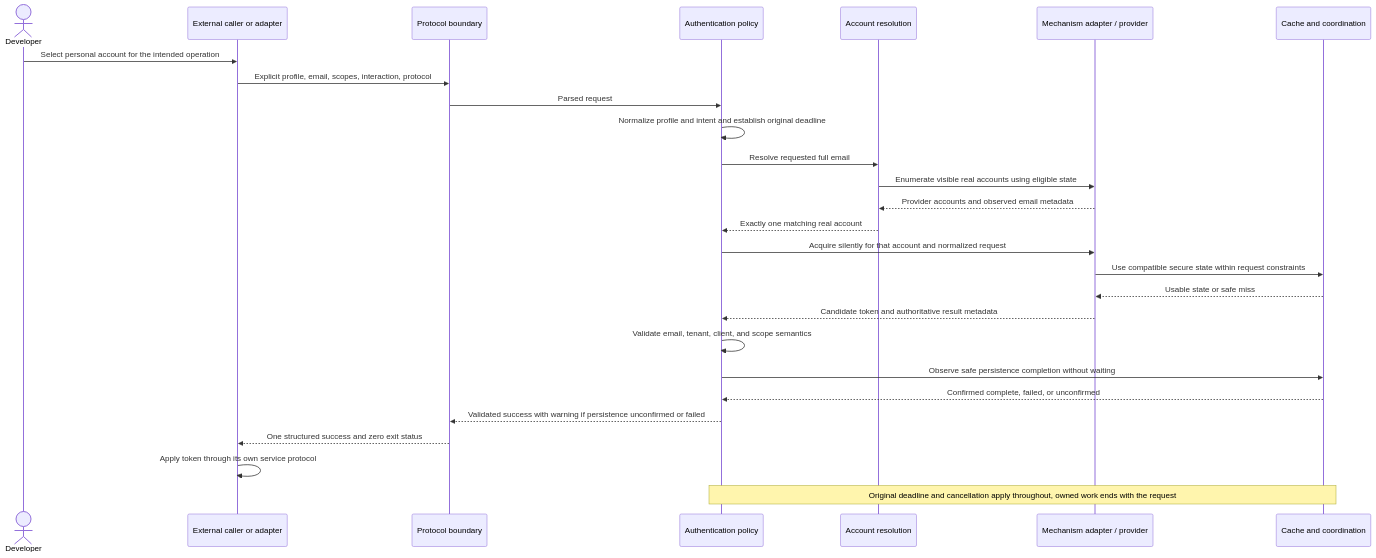
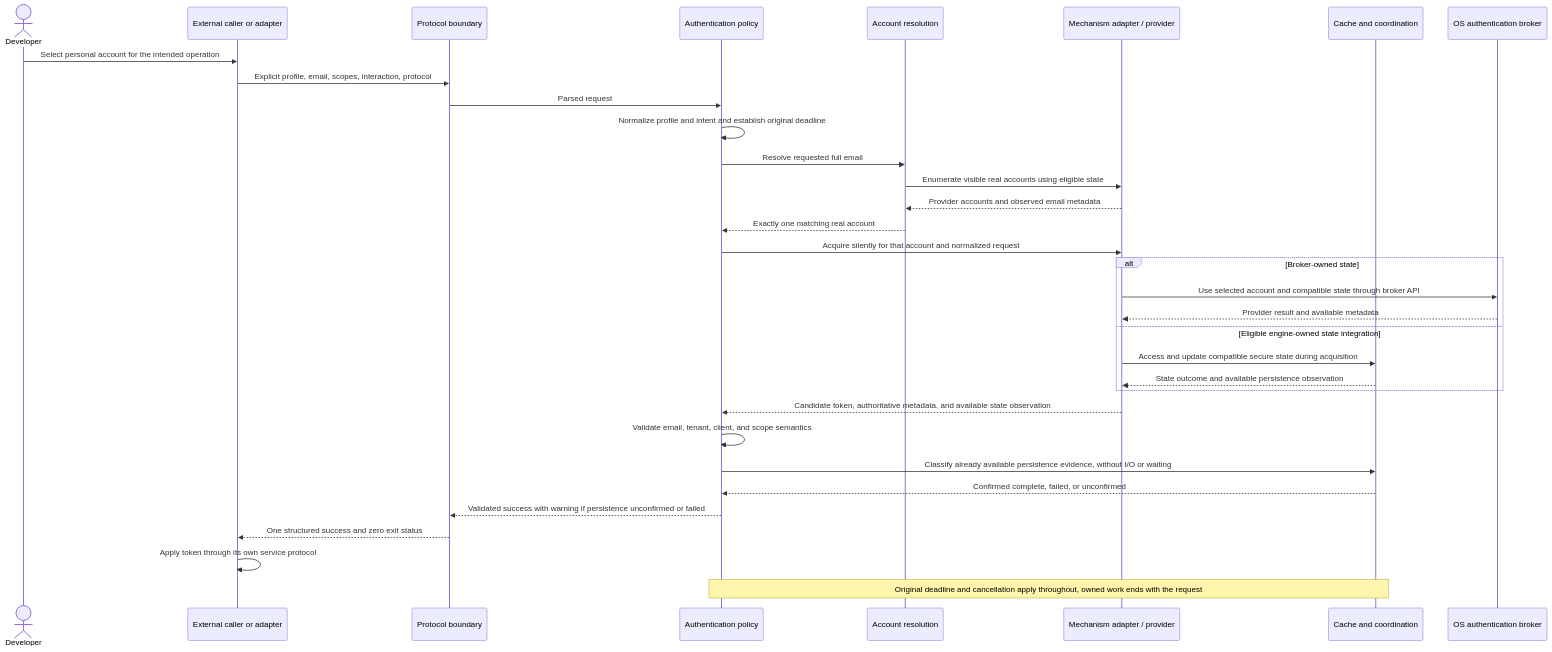
The first of 3 diagrams in docs/architecture/request-lifecycle.md (hcoona/microsoft-authentication-cli), drawn with Mermaid before and after one commit. The commit also changed other lines of this file and 4 other files, not shown here.

First line of the commit message:
docs(architecture): define state ownership and persistence observation

````diff
--- a/docs/architecture/request-lifecycle.md
+++ b/docs/architecture/request-lifecycle.md
@@ -42,29 +42,35 @@
 ```mermaid
 sequenceDiagram
     actor User as Developer
     participant Caller as External caller or adapter
     participant Boundary as Protocol boundary
     participant Policy as Authentication policy
     participant Accounts as Account resolution
     participant Provider as Mechanism adapter / provider
     participant State as Cache and coordination
+    participant Broker as OS authentication broker
     User->>Caller: Select personal account for the intended operation
     Caller->>Boundary: Explicit profile, email, scopes, interaction, protocol
     Boundary->>Policy: Parsed request
     Policy->>Policy: Normalize profile and intent and establish original deadline
     Policy->>Accounts: Resolve requested full email
     Accounts->>Provider: Enumerate visible real accounts using eligible state
     Provider-->>Accounts: Provider accounts and observed email metadata
     Accounts-->>Policy: Exactly one matching real account
     Policy->>Provider: Acquire silently for that account and normalized request
-    Provider->>State: Use compatible secure state within request constraints
-    State-->>Provider: Usable state or safe miss
-    Provider-->>Policy: Candidate token and authoritative result metadata
+    alt Broker-owned state
+        Provider->>Broker: Use selected account and compatible state through broker API
+        Broker-->>Provider: Provider result and available metadata
+    else Eligible engine-owned state integration
+        Provider->>State: Access and update compatible secure state during acquisition
+        State-->>Provider: State outcome and available persistence observation
+    end
+    Provider-->>Policy: Candidate token, authoritative metadata, and available state observation
     Policy->>Policy: Validate email, tenant, client, and scope semantics
-    Policy->>State: Observe safe persistence completion without waiting
+    Policy->>State: Classify already available persistence evidence, without I/O or waiting
     State-->>Policy: Confirmed complete, failed, or unconfirmed
     Policy-->>Boundary: Validated success with warning if persistence unconfirmed or failed
     Boundary-->>Caller: One structured success and zero exit status
     Caller->>Caller: Apply token through its own service protocol
     Note over Policy,State: Original deadline and cancellation apply throughout, owned work ends with the request
 ```
````
